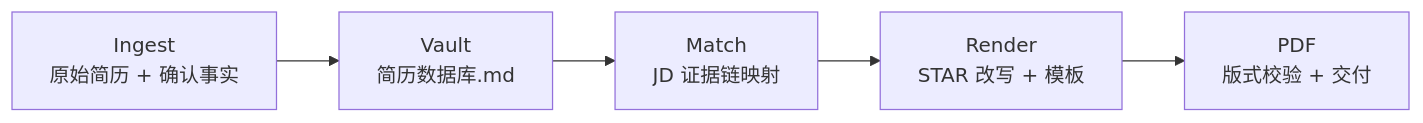
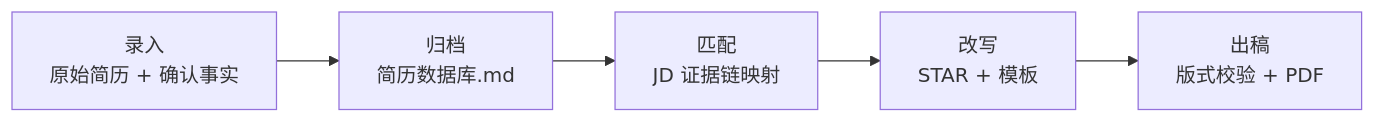
Before and after one commit to 203chenjing/resume-skills-generic: the diagram in README.md, drawn with Mermaid. The commit also changed other lines of this file and 6 other files, not shown here.

````diff
--- a/README.md
+++ b/README.md
@@ -60,7 +49,7 @@
 ```mermaid
 flowchart LR
-    A[Ingest<br/>原始简历 + 确认事实] --> B[Vault<br/>简历数据库.md]
-    B --> C[Match<br/>JD 证据链映射]
-    C --> D[Render<br/>STAR 改写 + 模板]
-    D --> E[PDF<br/>版式校验 + 交付]
+    A[录入<br/>原始简历 + 确认事实] --> B[归档<br/>简历数据库.md]
+    B --> C[匹配<br/>JD 证据链映射]
+    C --> D[改写<br/>STAR + 模板]
+    D --> E[出稿<br/>版式校验 + PDF]
 ```
````
